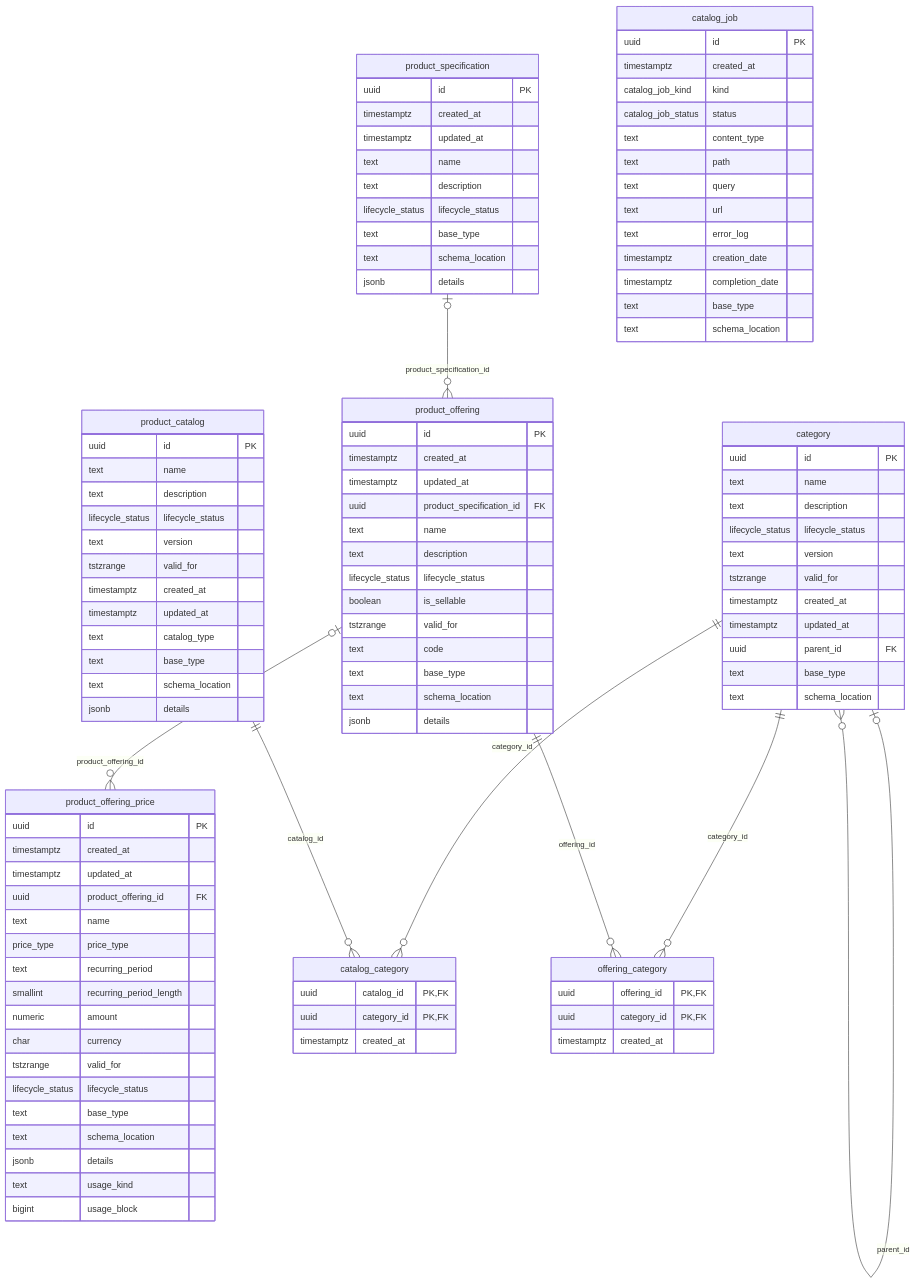
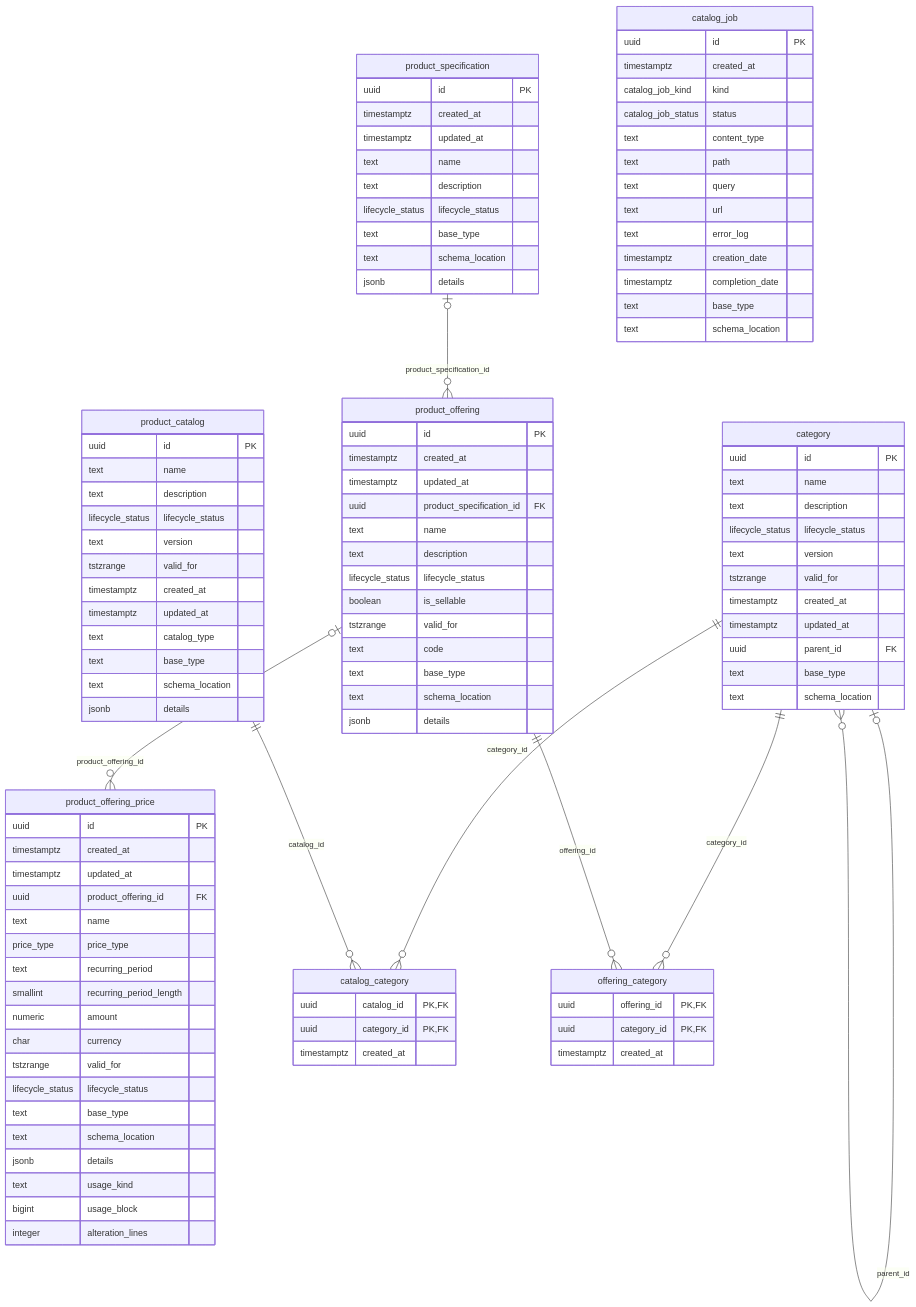
One commit to altharmz/bss changed the third of 13 diagrams in docs/db/README.md. Above: the diagram before and after it, drawn with Mermaid. The commit also changed other lines of this file and 18 other files, not shown here.

```diff
--- a/docs/db/README.md
+++ b/docs/db/README.md
@@ -547,6 +548,7 @@
     jsonb details
     text usage_kind
     bigint usage_block
+    integer alteration_lines
   }
   category {
     uuid id PK
```
